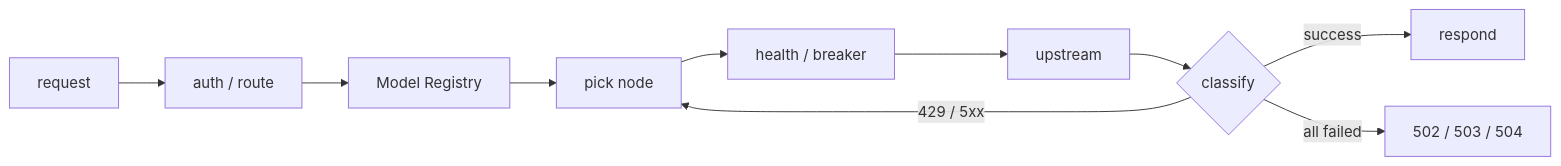
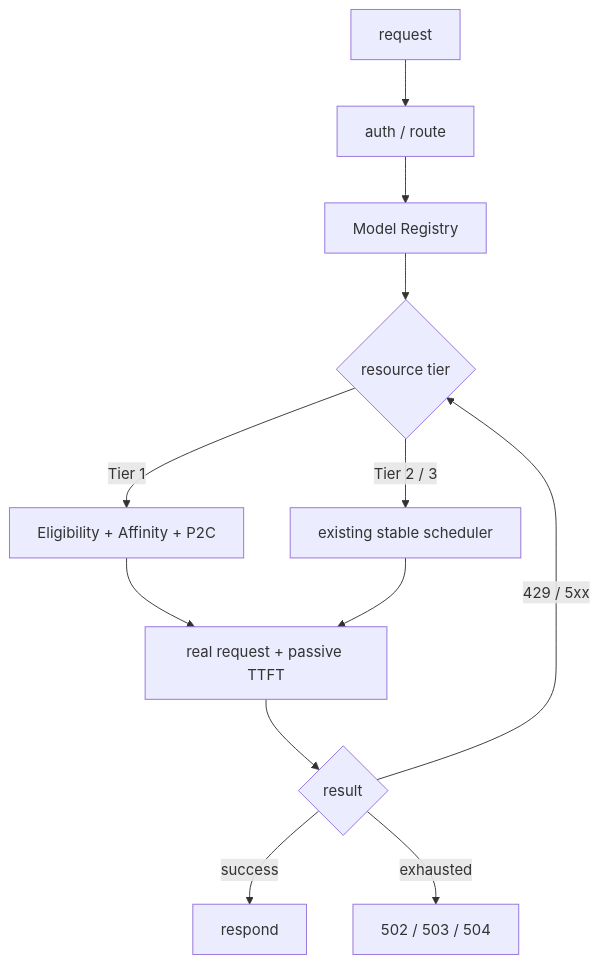
One commit to fongap/ai-gateway changed the diagram in README_EN.md. Above: the diagram before and after it, drawn with Mermaid. The commit also changed other lines of this file and 37 other files, not shown here.

First line of the commit message:
Refactor Tier 1 scheduler: eligibility + affinity + P2C + passive TTFT

````diff
--- a/README_EN.md
+++ b/README_EN.md
@@ -21,12 +21,14 @@
 ```mermaid
-flowchart LR
+flowchart TB
     A[request] --> B[auth / route]
     B --> C[Model Registry]
-    C --> D[pick node]
-    D --> E[health / breaker]
-    E --> F[upstream]
-    F --> G{classify}
-    G -- success --> H[respond]
-    G -- 429 / 5xx --> D
-    G -- all failed --> I[502 / 503 / 504]
+    C --> D{resource tier}
+    D -- Tier 1 --> E[Eligibility + Affinity + P2C]
+    D -- Tier 2 / 3 --> F[existing stable scheduler]
+    E --> G[real request + passive TTFT]
+    F --> G
+    G --> H{result}
+    H -- success --> I[respond]
+    H -- 429 / 5xx --> D
+    H -- exhausted --> J[502 / 503 / 504]
 ```
````
